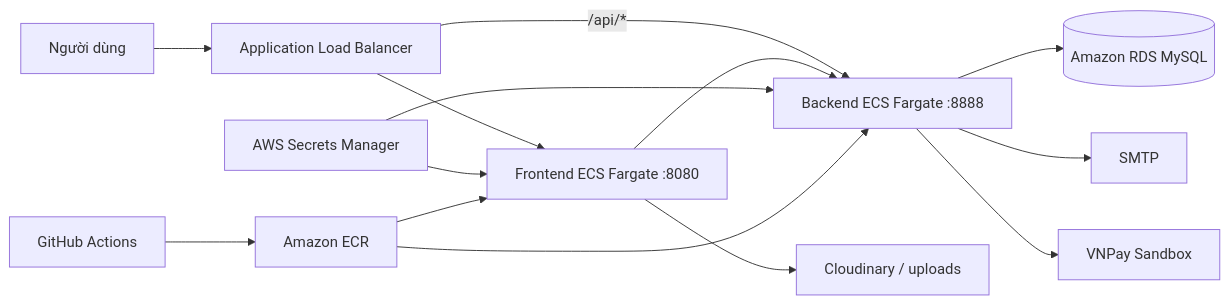
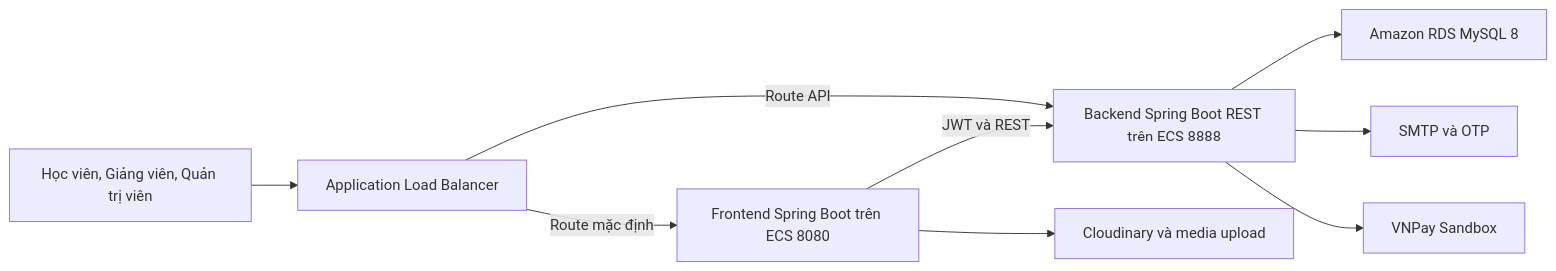
The first of 2 diagrams in content/2-Proposal/_index.vi.md (L1nkinPark/EduFlowPlatform), drawn with Mermaid before and after one commit. The commit also changed other lines of this file and 5 other files, not shown here.

````diff
--- a/content/2-Proposal/_index.vi.md
+++ b/content/2-Proposal/_index.vi.md
@@ -35,16 +41,11 @@
-```mermaid
-flowchart LR
-    U["Người dùng"] --> ALB["Application Load Balancer"]
-    ALB --> FE["Frontend ECS Fargate :8080"]
-    ALB -->|"/api/*"| BE["Backend ECS Fargate :8888"]
-    FE --> BE
-    BE --> RDS[("Amazon RDS MySQL")]
-    FE --> MEDIA["Cloudinary / uploads"]
-    BE --> SMTP["SMTP"]
-    BE --> VNPAY["VNPay Sandbox"]
-    SM["AWS Secrets Manager"] --> FE
-    SM --> BE
-    GHA["GitHub Actions"] --> ECR["Amazon ECR"]
-    ECR --> FE
-    ECR --> BE
-```
+{{< mermaid >}}
+graph LR
+    USERS[Học viên, Giảng viên, Quản trị viên] --> ALB[Application Load Balancer]
+    ALB -->|Route mặc định| FE[Frontend Spring Boot trên ECS 8080]
+    ALB -->|Route API| BE[Backend Spring Boot REST trên ECS 8888]
+    FE -->|JWT và REST| BE
+    BE --> RDS[Amazon RDS MySQL 8]
+    FE --> MEDIA[Cloudinary và media upload]
+    BE --> SMTP[SMTP và OTP]
+    BE --> VNPAY[VNPay Sandbox]
+{{< /mermaid >}}
````
